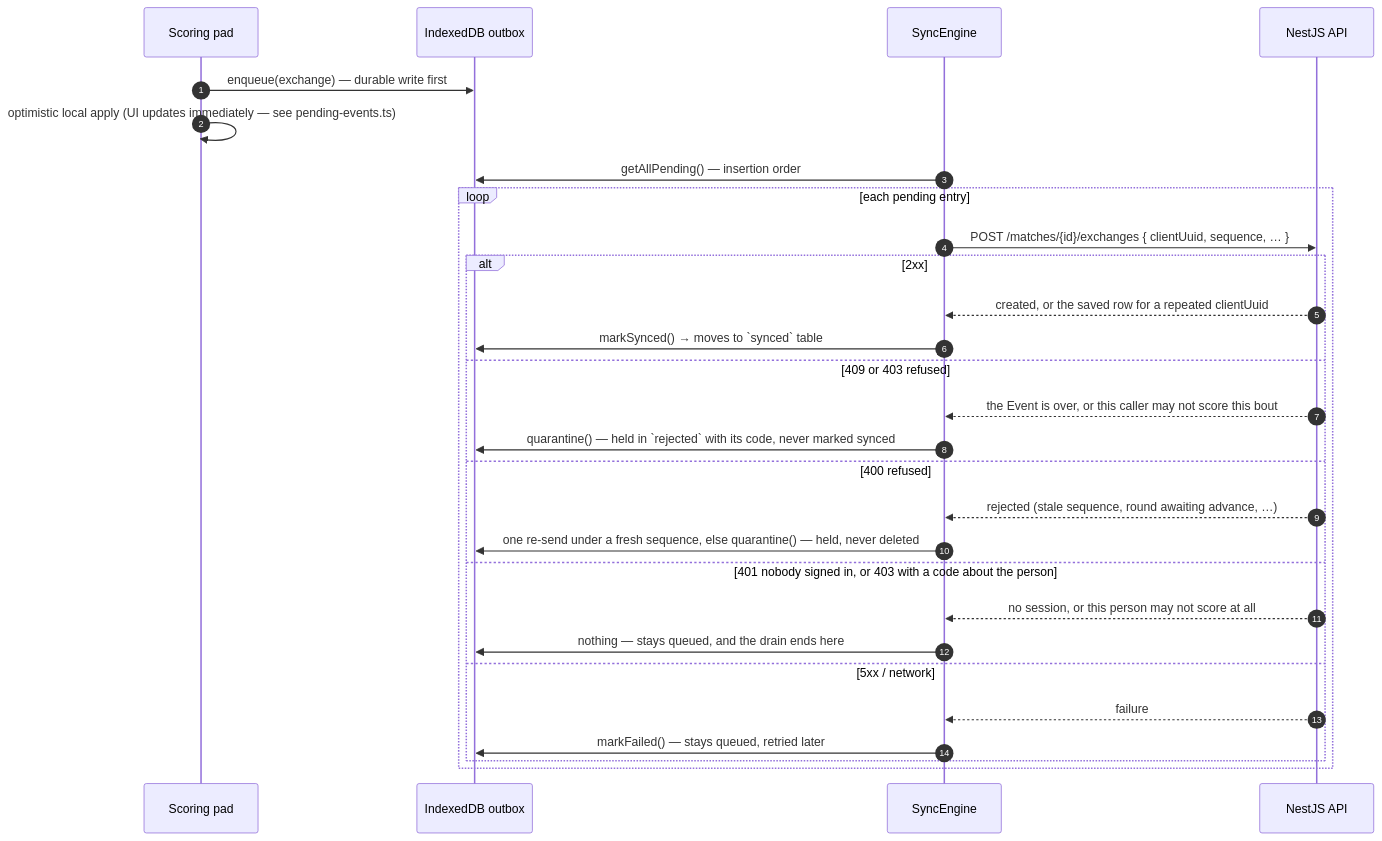
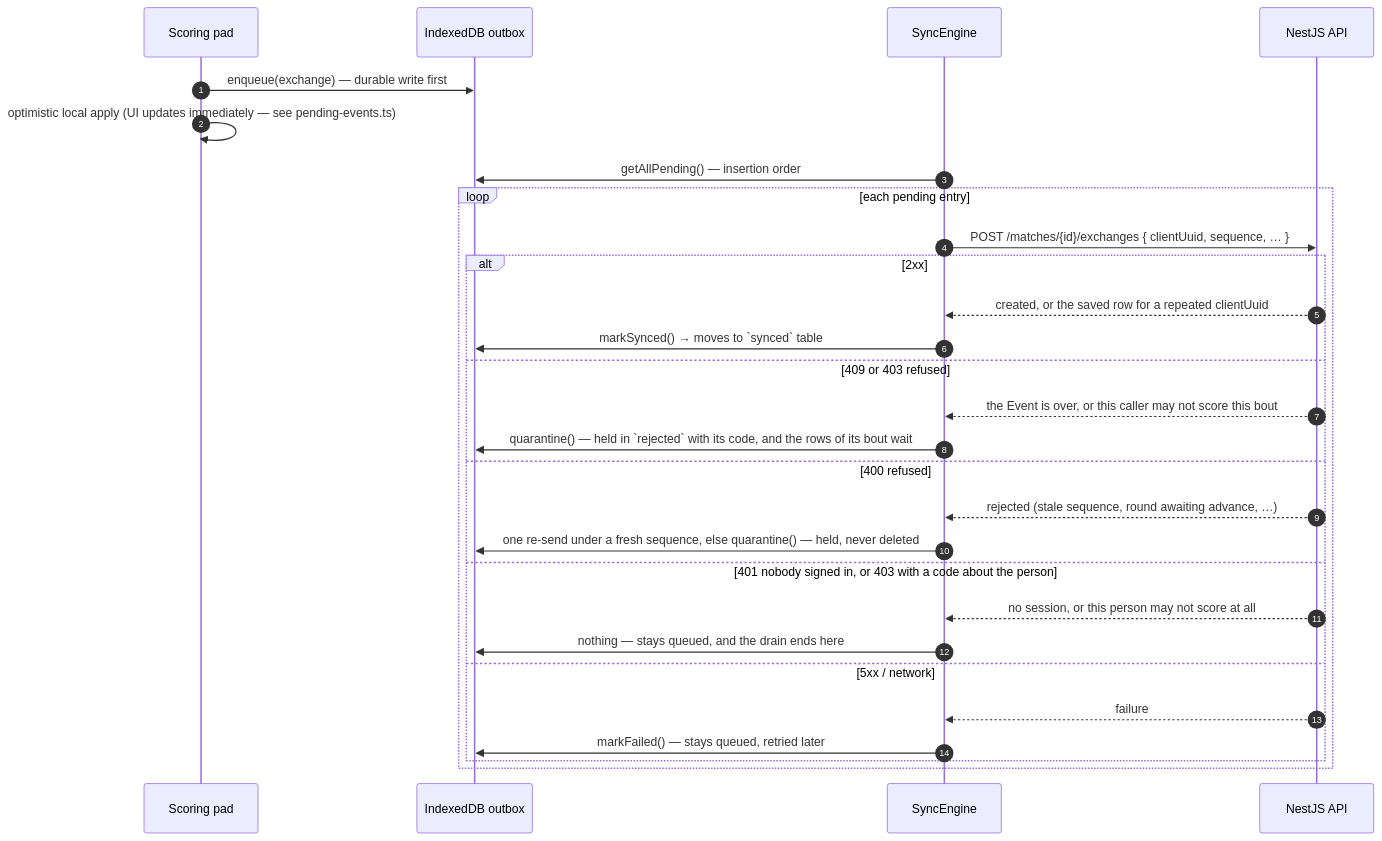
Before and after one commit to GrosTony6970/MyClash: the ninth of 15 diagrams in docs/ARCHITECTURE.md, drawn with Mermaid. The commit also changed other lines of this file and 1 other file, not shown here.

First line of the commit message:
docs(architecture): the offline scoring section matches the code, and names the drill

````diff
--- a/docs/ARCHITECTURE.md
+++ b/docs/ARCHITECTURE.md
@@ -1128,31 +1136,31 @@
 ```mermaid
 sequenceDiagram
   autonumber
   participant P as Scoring pad
   participant O as IndexedDB outbox
   participant E as SyncEngine
   participant A as NestJS API
 
   P->>O: enqueue(exchange) — durable write first
   P->>P: optimistic local apply (UI updates immediately — see pending-events.ts)
   E->>O: getAllPending() — insertion order
   loop each pending entry
     E->>A: POST /matches/{id}/exchanges { clientUuid, sequence, … }
     alt 2xx
       A-->>E: created, or the saved row for a repeated clientUuid
       E->>O: markSynced() → moves to `synced` table
     else 409 or 403 refused
       A-->>E: the Event is over, or this caller may not score this bout
-      E->>O: quarantine() — held in `rejected` with its code, never marked synced
+      E->>O: quarantine() — held in `rejected` with its code, and the rows of its bout wait
     else 400 refused
       A-->>E: rejected (stale sequence, round awaiting advance, …)
       E->>O: one re-send under a fresh sequence, else quarantine() — held, never deleted
     else 401 nobody signed in, or 403 with a code about the person
       A-->>E: no session, or this person may not score at all
       E->>O: nothing — stays queued, and the drain ends here
     else 5xx / network
       A-->>E: failure
       E->>O: markFailed() — stays queued, retried later
     end
   end
 ```
````
